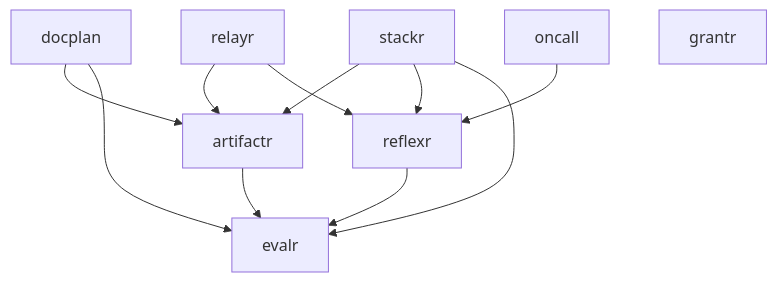
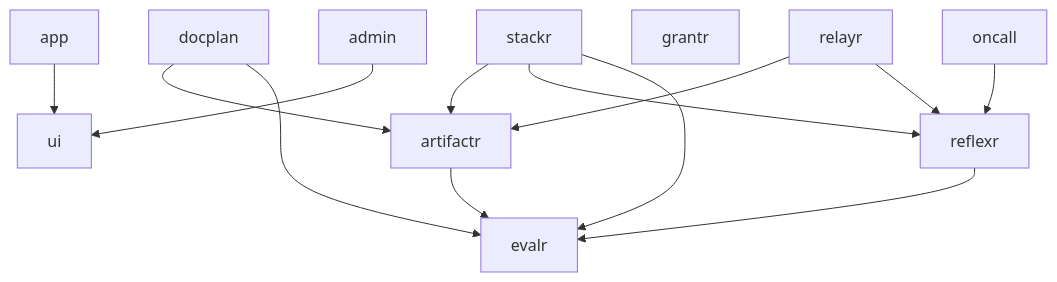
One commit to alexnodeland/lattice changed the diagram in docs/architecture.md. Above: the diagram before and after it, drawn with Mermaid. The commit also changed other lines of this file and 55 other files, not shown here.

````diff
--- a/docs/architecture.md
+++ b/docs/architecture.md
@@ -75,14 +81,16 @@
 ```mermaid
 graph TD
     relayr --> artifactr
     relayr --> reflexr
     docplan --> artifactr
     docplan --> evalr
     oncall --> reflexr
     stackr --> artifactr
     stackr --> reflexr
     stackr --> evalr
     artifactr --> evalr
     reflexr --> evalr
     grantr
+    app --> ui
+    admin --> ui
 ```
````
